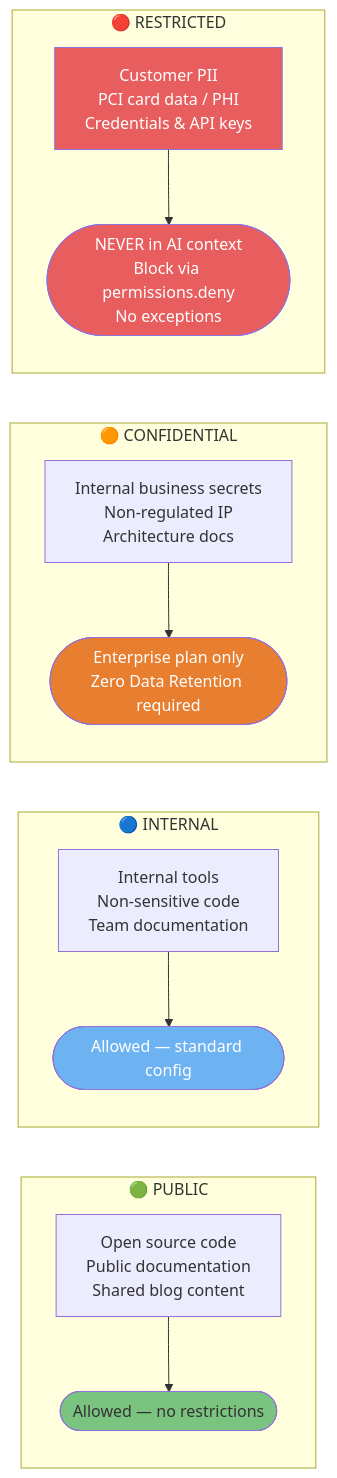
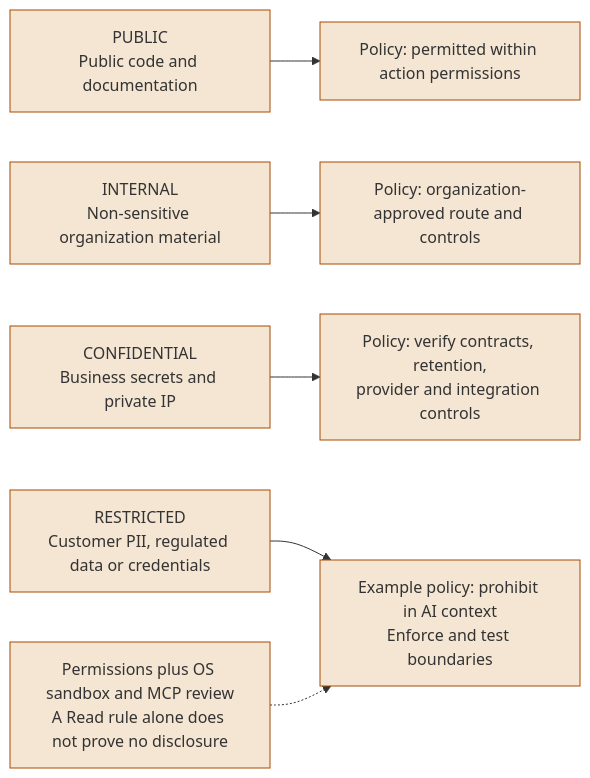
The third of 3 diagrams in guide/diagrams/12-enterprise-governance.md (FlorianBruniaux/claude-code-ultimate-guide), drawn with Mermaid before and after one commit. The commit also changed other lines of this file and 17 other files, not shown here.

Commit message:
docs: refresh all diagrams and correct their source guidance

````diff
--- a/guide/diagrams/12-enterprise-governance.md
+++ b/guide/diagrams/12-enterprise-governance.md
@@ -149,42 +126,20 @@
 ```mermaid
 flowchart LR
-    subgraph PUBLIC["🟢 PUBLIC"]
-        PU1["Open source code<br/>Public documentation<br/>Shared blog content"]
-        PU2(["Allowed — no restrictions"])
-    end
+    A[PUBLIC<br/>Public code and documentation] --> B[Policy: permitted within action permissions]
+    C[INTERNAL<br/>Non-sensitive organization material] --> D[Policy: organization-approved route and controls]
+    E[CONFIDENTIAL<br/>Business secrets and private IP] --> F[Policy: verify contracts, retention,<br/>provider and integration controls]
+    G[RESTRICTED<br/>Customer PII, regulated data or credentials] --> H[Example policy: prohibit in AI context<br/>Enforce and test boundaries]
+    I[Permissions plus OS sandbox and MCP review<br/>A Read rule alone does not prove no disclosure] -.-> H
 
-    subgraph INTERNAL["🔵 INTERNAL"]
-        IN1["Internal tools<br/>Non-sensitive code<br/>Team documentation"]
-        IN2(["Allowed — standard config"])
-    end
-
-    subgraph CONFIDENTIAL["🟠 CONFIDENTIAL"]
-        CO1["Internal business secrets<br/>Non-regulated IP<br/>Architecture docs"]
-        CO2(["Enterprise plan only<br/>Zero Data Retention required"])
-    end
-
-    subgraph RESTRICTED["🔴 RESTRICTED"]
-        RE1["Customer PII<br/>PCI card data / PHI<br/>Credentials & API keys"]
-        RE2(["NEVER in AI context<br/>Block via permissions.deny<br/>No exceptions"])
-    end
-
-    PU1 --> PU2
-    IN1 --> IN2
-    CO1 --> CO2
-    RE1 --> RE2
-
-    style PU2 fill:#7BC47F,color:#333
-    style IN2 fill:#6DB3F2,color:#fff
-    style CO2 fill:#E87E2F,color:#fff
-    style RE2 fill:#E85D5D,color:#fff
-    style RE1 fill:#E85D5D,color:#fff
-
-    click PU1 href "https://github.com/FlorianBruniaux/claude-code-ultimate-guide/blob/main/guide/security/enterprise-governance.md#2-ai-usage-charter" "PUBLIC data"
-    click IN1 href "https://github.com/FlorianBruniaux/claude-code-ultimate-guide/blob/main/guide/security/enterprise-governance.md#2-ai-usage-charter" "INTERNAL data"
-    click CO1 href "https://github.com/FlorianBruniaux/claude-code-ultimate-guide/blob/main/guide/security/enterprise-governance.md#2-ai-usage-charter" "CONFIDENTIAL data"
-    click RE1 href "https://github.com/FlorianBruniaux/claude-code-ultimate-guide/blob/main/guide/security/enterprise-governance.md#2-ai-usage-charter" "RESTRICTED data"
-    click PU2 href "https://github.com/FlorianBruniaux/claude-code-ultimate-guide/blob/main/guide/security/enterprise-governance.md#2-ai-usage-charter" "PUBLIC: allowed"
-    click IN2 href "https://github.com/FlorianBruniaux/claude-code-ultimate-guide/blob/main/guide/security/enterprise-governance.md#2-ai-usage-charter" "INTERNAL: standard config"
-    click CO2 href "https://github.com/FlorianBruniaux/claude-code-ultimate-guide/blob/main/guide/security/enterprise-governance.md#2-ai-usage-charter" "CONFIDENTIAL: Enterprise only"
-    click RE2 href "https://github.com/FlorianBruniaux/claude-code-ultimate-guide/blob/main/guide/security/enterprise-governance.md#2-ai-usage-charter" "RESTRICTED: never in AI context"
+    classDef diagramNode fill:#F5E6D3,color:#333,stroke:#A64B00
+    class A,B,C,D,E,F,G,H,I diagramNode
+    click A href "https://github.com/FlorianBruniaux/claude-code-ultimate-guide/blob/main/guide/security/enterprise-governance.md#2-ai-usage-charter" "View in guide"
+    click B href "https://github.com/FlorianBruniaux/claude-code-ultimate-guide/blob/main/guide/security/enterprise-governance.md#2-ai-usage-charter" "View in guide"
+    click C href "https://github.com/FlorianBruniaux/claude-code-ultimate-guide/blob/main/guide/security/enterprise-governance.md#2-ai-usage-charter" "View in guide"
+    click D href "https://github.com/FlorianBruniaux/claude-code-ultimate-guide/blob/main/guide/security/enterprise-governance.md#2-ai-usage-charter" "View in guide"
+    click E href "https://github.com/FlorianBruniaux/claude-code-ultimate-guide/blob/main/guide/security/enterprise-governance.md#2-ai-usage-charter" "View in guide"
+    click F href "https://github.com/FlorianBruniaux/claude-code-ultimate-guide/blob/main/guide/security/enterprise-governance.md#2-ai-usage-charter" "View in guide"
+    click G href "https://github.com/FlorianBruniaux/claude-code-ultimate-guide/blob/main/guide/security/enterprise-governance.md#2-ai-usage-charter" "View in guide"
+    click H href "https://github.com/FlorianBruniaux/claude-code-ultimate-guide/blob/main/guide/security/enterprise-governance.md#2-ai-usage-charter" "View in guide"
+    click I href "https://github.com/FlorianBruniaux/claude-code-ultimate-guide/blob/main/guide/security/enterprise-governance.md#2-ai-usage-charter" "View in guide"
 ```
````
